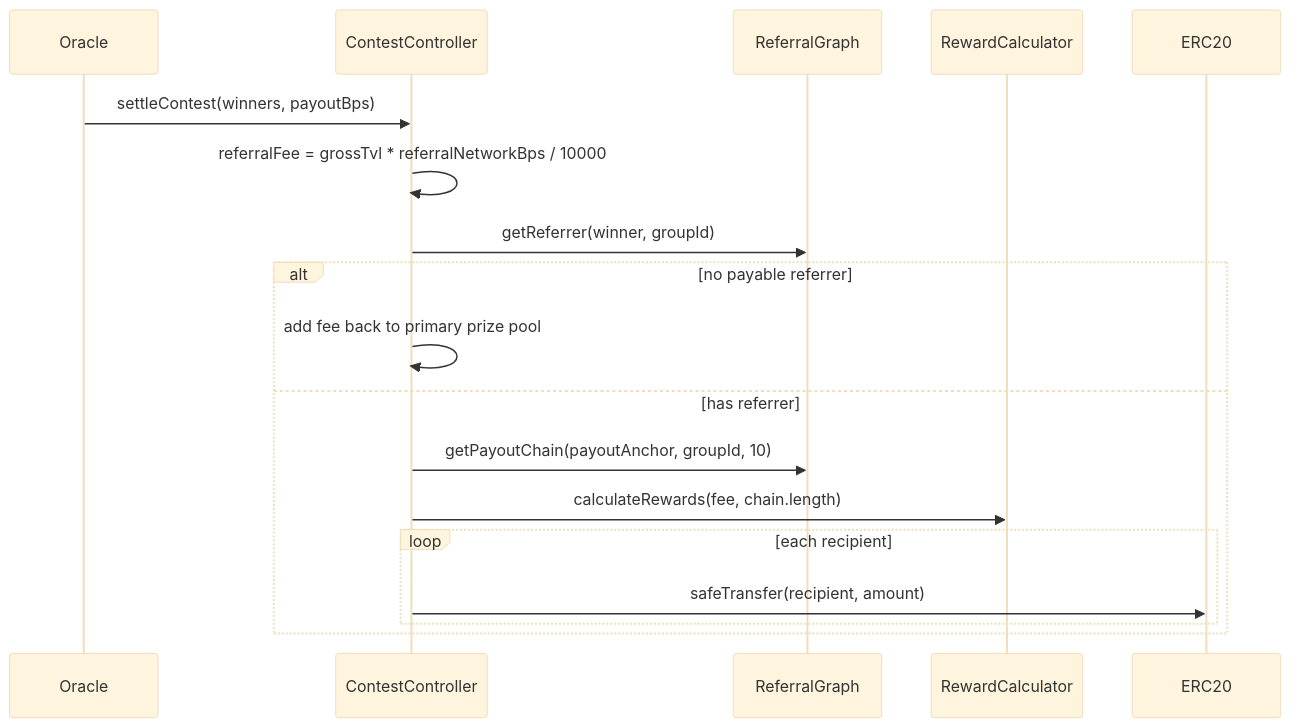
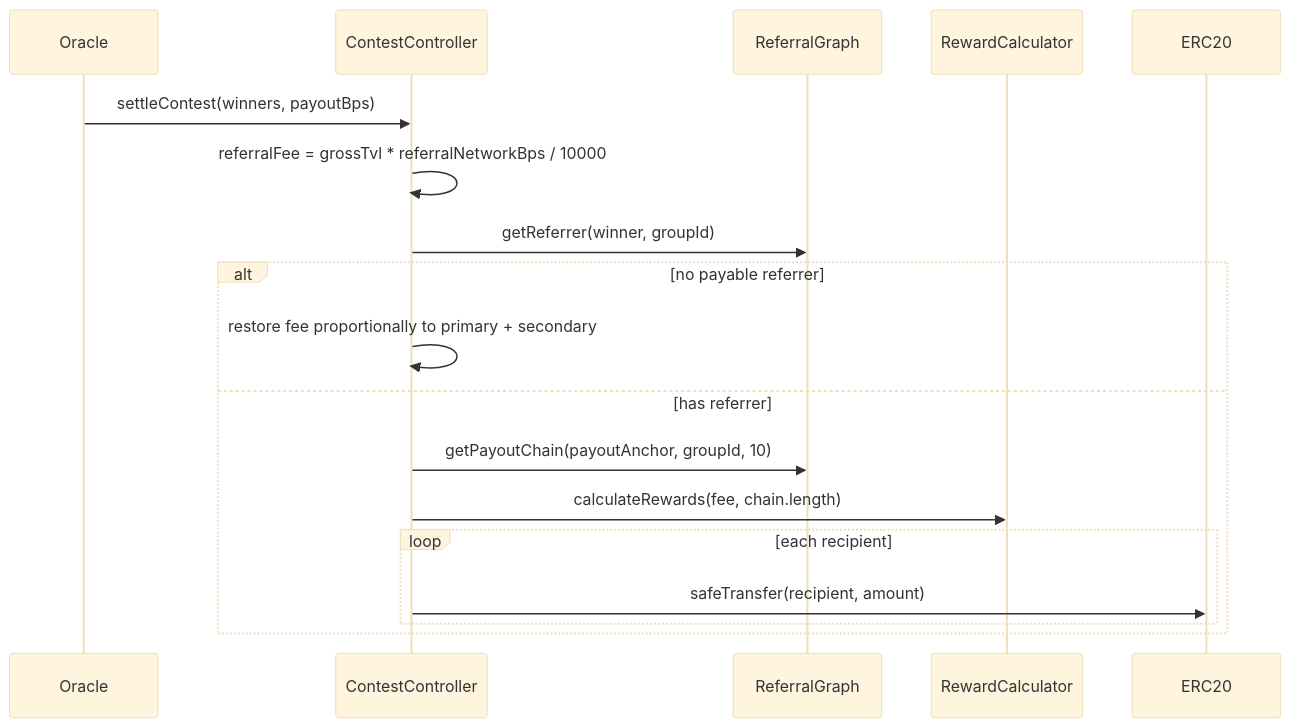
The diagram in docs/ReferralNetworkIntegration.md (MagRelo/contestCatalyst), drawn with Mermaid (base theme) before and after one commit. The commit also changed other lines of this file and 5 other files, not shown here.

First line of the commit message:
Refactor referral fee restoration logic in ContestController

````diff
--- a/docs/ReferralNetworkIntegration.md
+++ b/docs/ReferralNetworkIntegration.md
@@ -9,21 +9,21 @@
 ```mermaid
 sequenceDiagram
     participant Oracle
     participant Contest as ContestController
     participant Graph as ReferralGraph
     participant Calc as RewardCalculator
     participant Token as ERC20
 
     Oracle->>Contest: settleContest(winners, payoutBps)
     Contest->>Contest: referralFee = grossTvl * referralNetworkBps / 10000
     Contest->>Graph: getReferrer(winner, groupId)
     alt no payable referrer
-        Contest->>Contest: add fee back to primary prize pool
+        Contest->>Contest: restore fee proportionally to primary + secondary
     else has referrer
         Contest->>Graph: getPayoutChain(payoutAnchor, groupId, 10)
         Contest->>Calc: calculateRewards(fee, chain.length)
         loop each recipient
             Contest->>Token: safeTransfer(recipient, amount)
         end
     end
 ```
````
